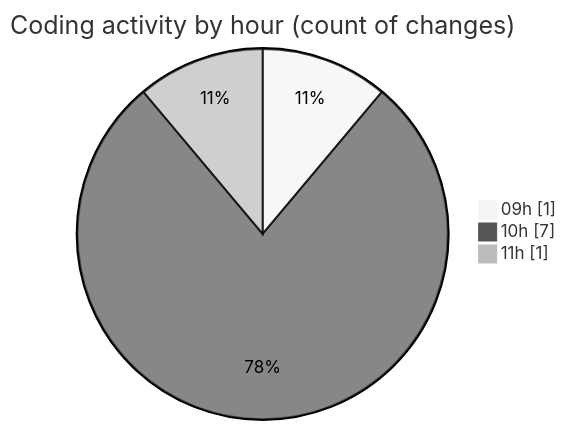
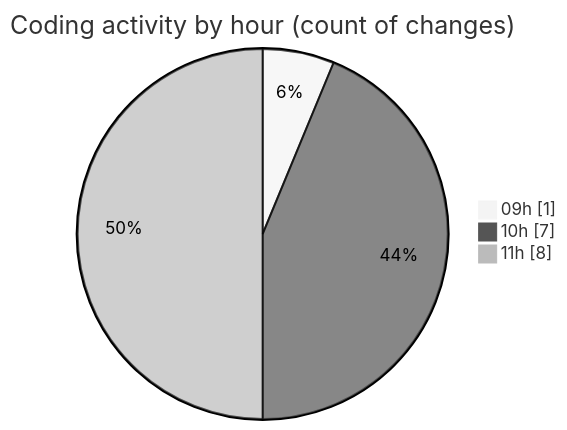
Before and after one commit to Elitesun/code-tracking: the second of 2 diagrams in 2025-02-12/elitegpt/README.md, drawn with Mermaid (neutral theme). The commit also changed other lines of this file and 1 other file, not shown here.

````diff
--- a/2025-02-12/elitegpt/README.md
+++ b/2025-02-12/elitegpt/README.md
@@ -35,7 +36,7 @@
 ```mermaid
 pie showData
 title Coding activity by hour (count of changes)
 "09h" : 1
 "10h" : 7
-"11h" : 1
+"11h" : 8
 ```
````
